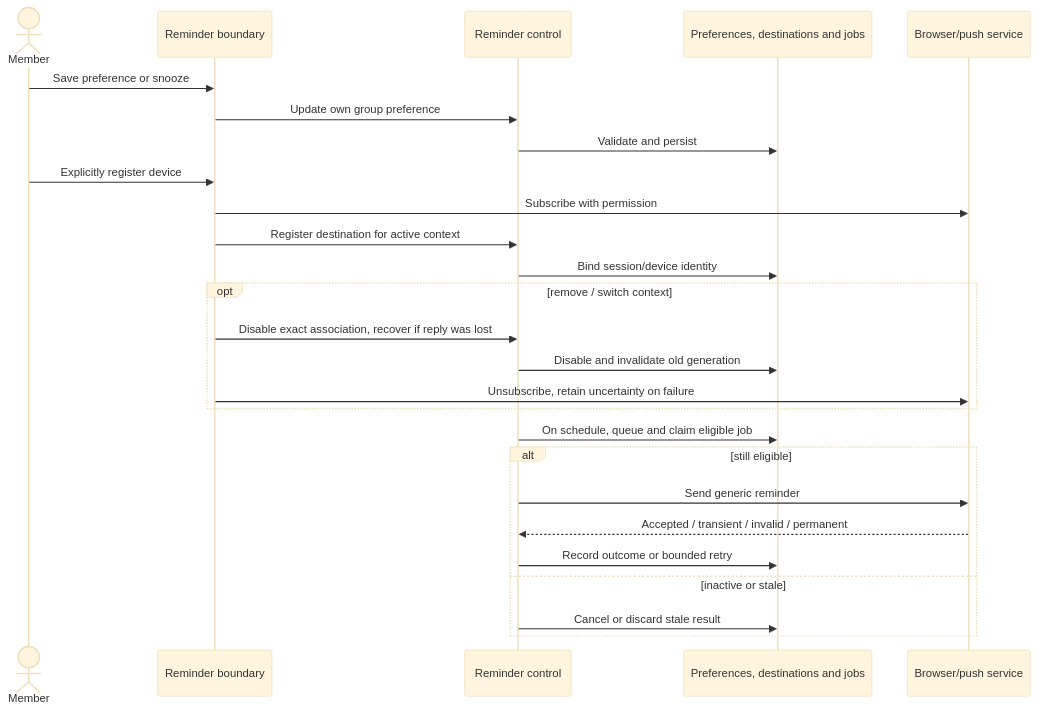
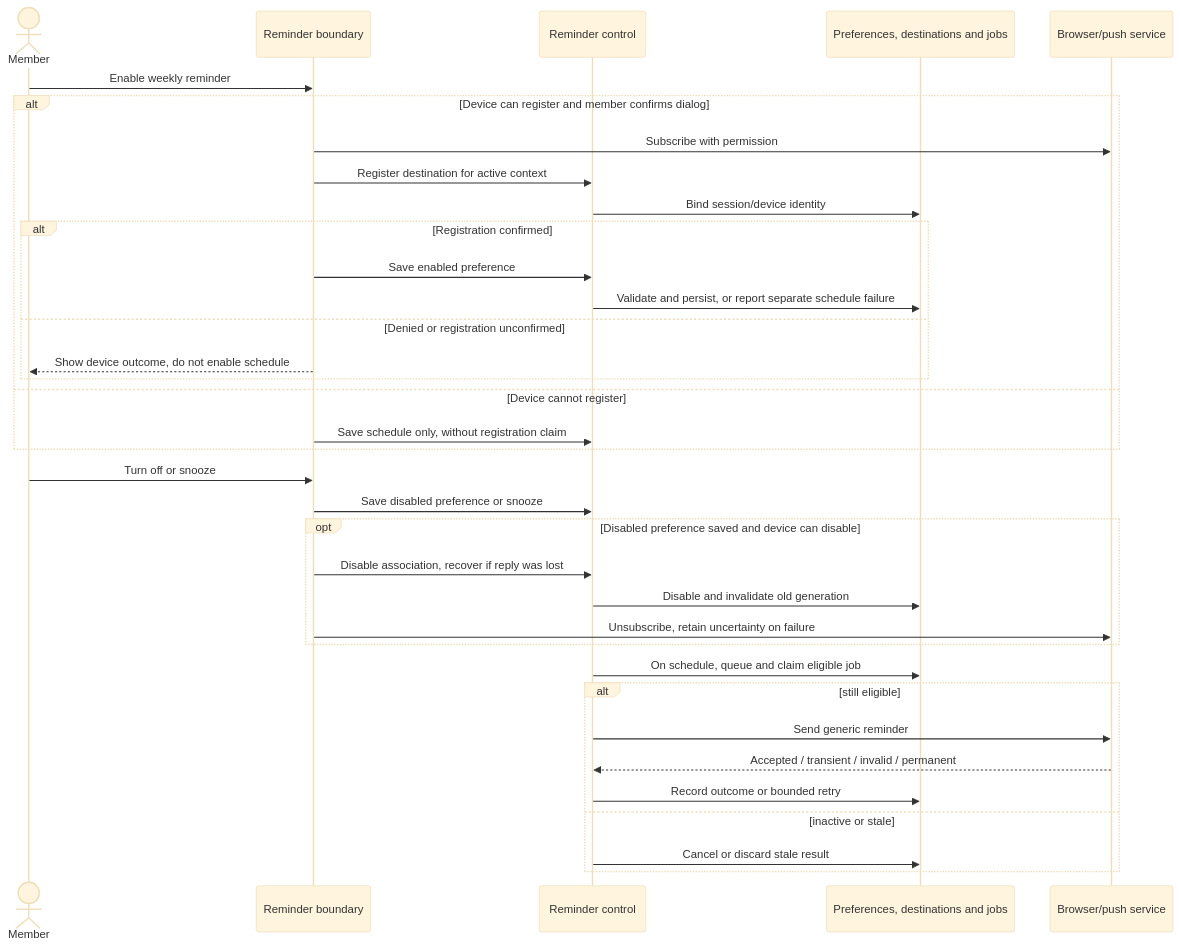
One commit to Collaboration95/rewind-app changed the fourth of 17 diagrams in docs/design/interactions.md. Above: the diagram before and after it, drawn with Mermaid (base theme). The commit also changed other lines of this file and 3 other files, not shown here.

````diff
--- a/docs/design/interactions.md
+++ b/docs/design/interactions.md
@@ -134,28 +134,37 @@
 ```mermaid
 sequenceDiagram
   actor M as Member
   participant B as Reminder boundary
   participant C as Reminder control
   participant E as Preferences, destinations and jobs
   participant P as Browser/push service
-  M->>B: Save preference or snooze
-  B->>C: Update own group preference
-  C->>E: Validate and persist
-  M->>B: Explicitly register device
-  B->>P: Subscribe with permission
-  B->>C: Register destination for active context
-  C->>E: Bind session/device identity
-  opt remove / switch context
-    B->>C: Disable exact association, recover if reply was lost
+  M->>B: Enable weekly reminder
+  alt Device can register and member confirms dialog
+    B->>P: Subscribe with permission
+    B->>C: Register destination for active context
+    C->>E: Bind session/device identity
+    alt Registration confirmed
+      B->>C: Save enabled preference
+      C->>E: Validate and persist, or report separate schedule failure
+    else Denied or registration unconfirmed
+      B-->>M: Show device outcome, do not enable schedule
+    end
+  else Device cannot register
+    B->>C: Save schedule only, without registration claim
+  end
+  M->>B: Turn off or snooze
+  B->>C: Save disabled preference or snooze
+  opt Disabled preference saved and device can disable
+    B->>C: Disable association, recover if reply was lost
     C->>E: Disable and invalidate old generation
     B->>P: Unsubscribe, retain uncertainty on failure
   end
   C->>E: On schedule, queue and claim eligible job
   alt still eligible
     C->>P: Send generic reminder
     P-->>C: Accepted / transient / invalid / permanent
     C->>E: Record outcome or bounded retry
   else inactive or stale
     C->>E: Cancel or discard stale result
   end
 ```
````
